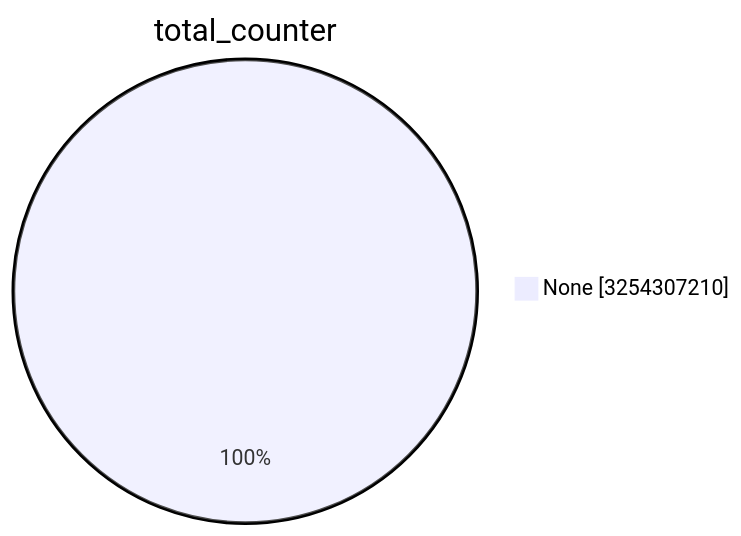
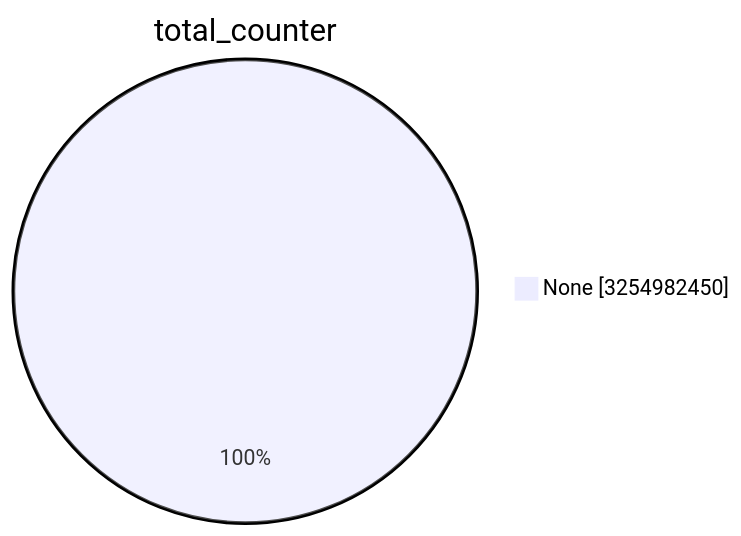
The first of 15 diagrams in TOTAL/README.md (christiankrug/ctmonitor_visualization), drawn with Mermaid before and after one commit. The commit also changed other lines of this file, not shown here.

````diff
--- a/TOTAL/README.md
+++ b/TOTAL/README.md
@@ -1,5 +1,5 @@
 ```mermaid
 pie showData
 title total_counter
-"None" :3254307210
+"None" :3254982450
 ```
````
